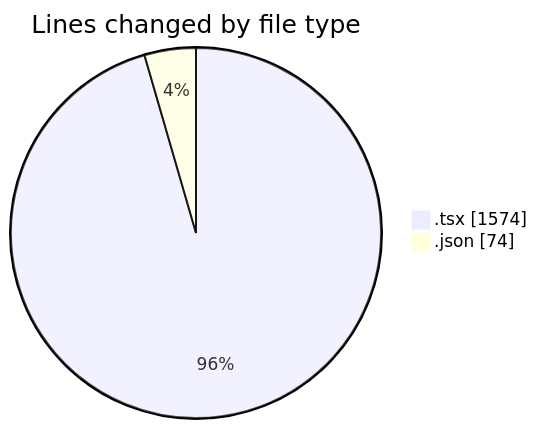
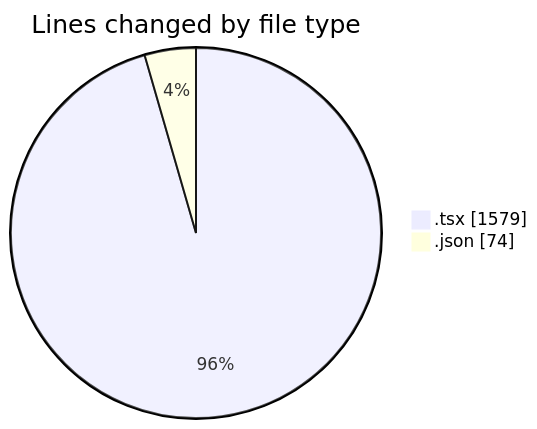
The first of 2 diagrams in 2025-04-08/cda/README.md (momahboobian/code-tracking), drawn with Mermaid before and after one commit. The commit also changed other lines of this file and 1 other file, not shown here.

````diff
--- a/2025-04-08/cda/README.md
+++ b/2025-04-08/cda/README.md
@@ -22,6 +22,6 @@
 ```mermaid
 pie showData
 title Lines changed by file type
-".tsx" : 1574
+".tsx" : 1579
 ".json" : 74
 ```
````
